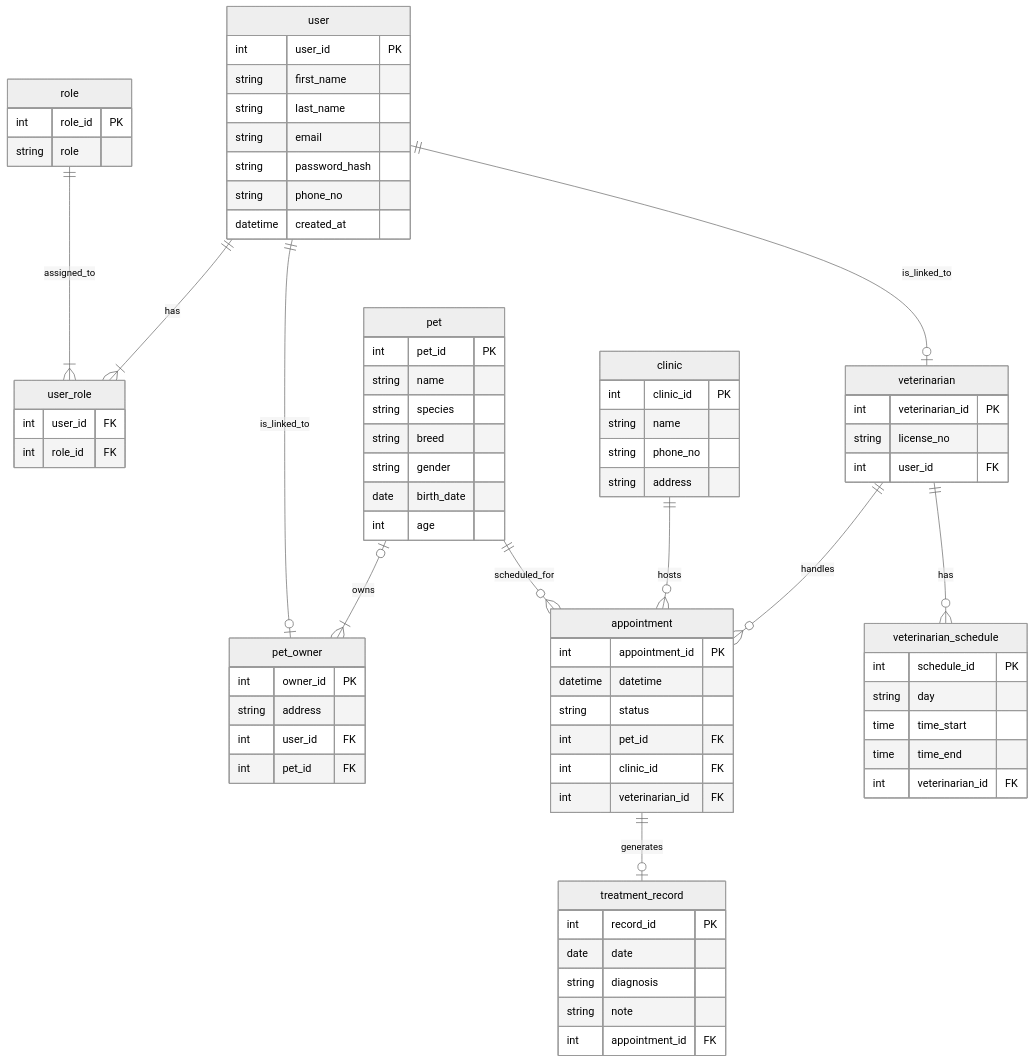
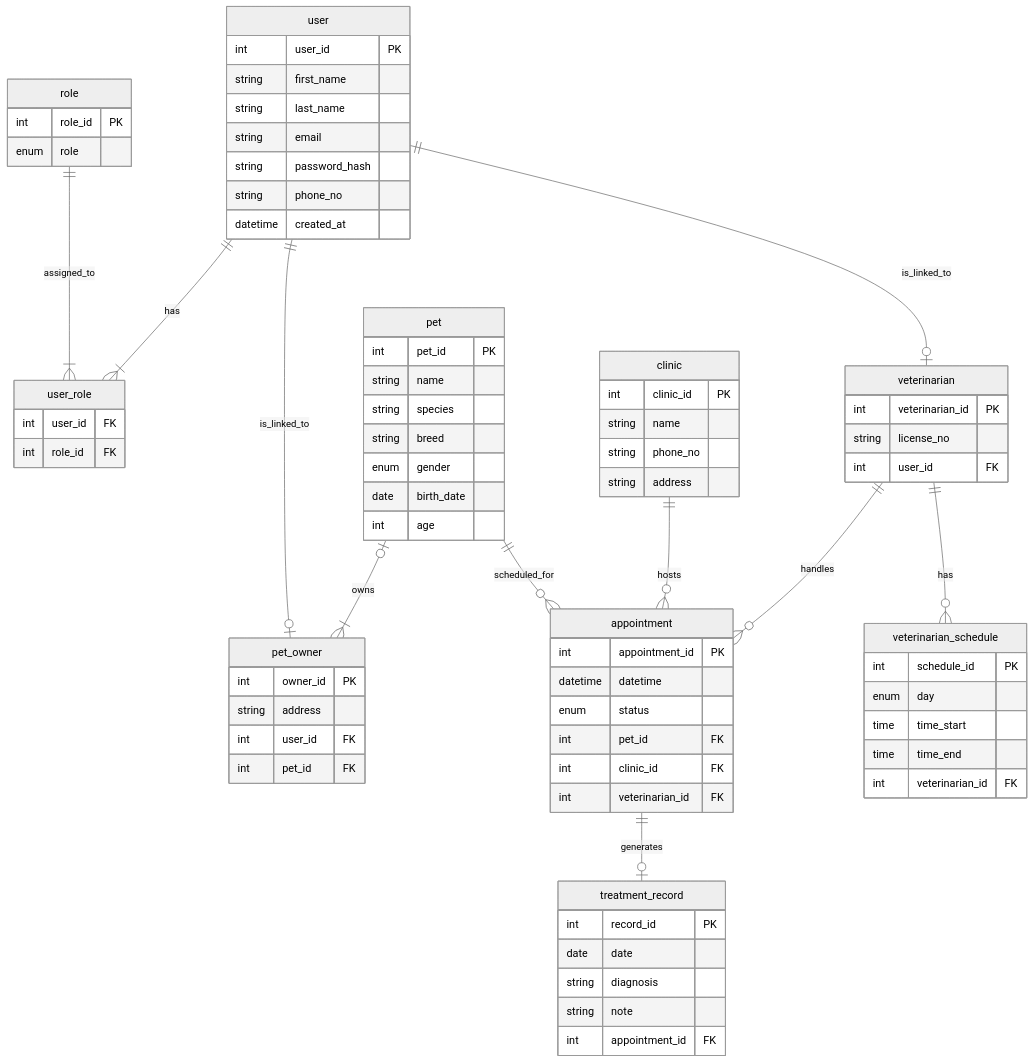
The diagram in week2_schema_SQL/fixed/dbschema.mmd (deiraaisyar/DBProject_Group10_PawPoint), drawn with Mermaid (neutral theme) before and after one commit. The commit also changed 3 other files, not shown here.

Commit message:
revised backend and db schema

```diff
--- a/week2_schema_SQL/fixed/dbschema.mmd
+++ b/week2_schema_SQL/fixed/dbschema.mmd
@@ -1,96 +1,96 @@
 erDiagram
 
     user {
         int user_id PK
         string first_name
         string last_name
         string email
         string password_hash
         string phone_no
         datetime created_at
     }
 
     role {
         int role_id PK
-        string role
+        enum role
     }
 
     user_role {
         int user_id FK
         int role_id FK
     }
 
     pet_owner {
         int owner_id PK
         string address
         int user_id FK
         int pet_id FK
     }
 
     veterinarian {
         int veterinarian_id PK
         string license_no
         int user_id FK
     }
 
     pet {
         int pet_id PK
         string name
         string species
         string breed
-        string gender
+        enum gender
         date birth_date
         int age
     }
 
     clinic {
         int clinic_id PK
         string name
         string phone_no
         string address
     }
 
     appointment {
         int appointment_id PK
         datetime datetime
-        string status
+        enum status
         int pet_id FK
         int clinic_id FK
         int veterinarian_id FK
     }
 
     treatment_record {
         int record_id PK
         date date
         string diagnosis
         string note
         int appointment_id FK
     }
 
     veterinarian_schedule {
         int schedule_id PK
-        string day
+        enum day
         time time_start
         time time_end
         int veterinarian_id FK
     }
 
     %% =====================
     %% RELATIONSHIPS
     %% =====================
 
     user ||--|{ user_role : has
     role ||--|{ user_role : assigned_to
 
     user ||--o| pet_owner : is_linked_to
     user ||--o| veterinarian : is_linked_to
 
     pet |o--|{ pet_owner : owns
 
     pet ||--o{ appointment : scheduled_for
     clinic ||--o{ appointment : hosts
     veterinarian ||--o{ appointment : handles
 
     appointment ||--o| treatment_record : generates
 
     veterinarian ||--o{ veterinarian_schedule : has
```
